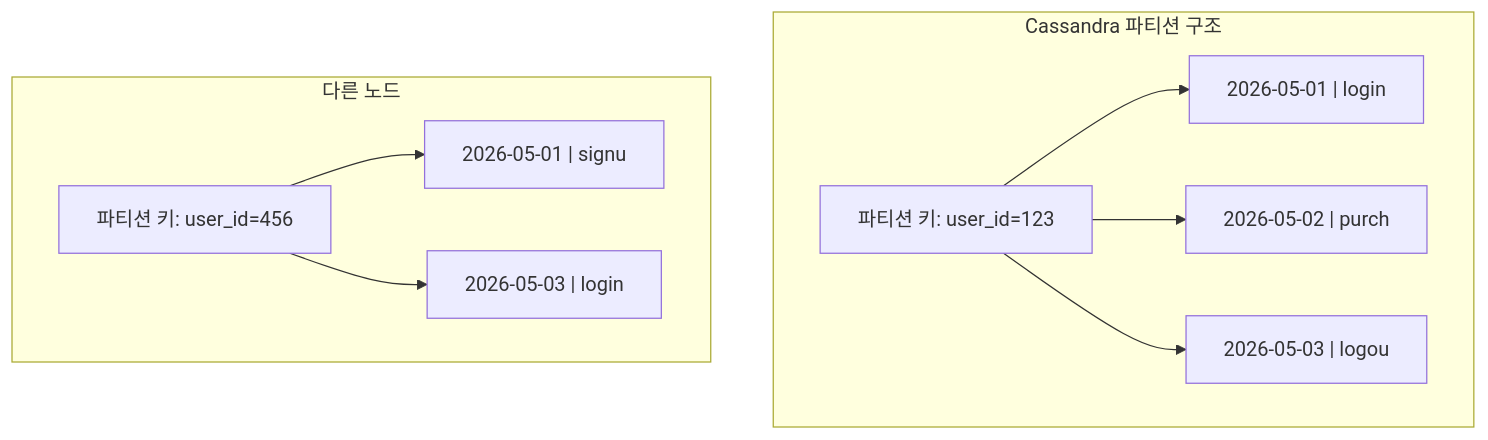
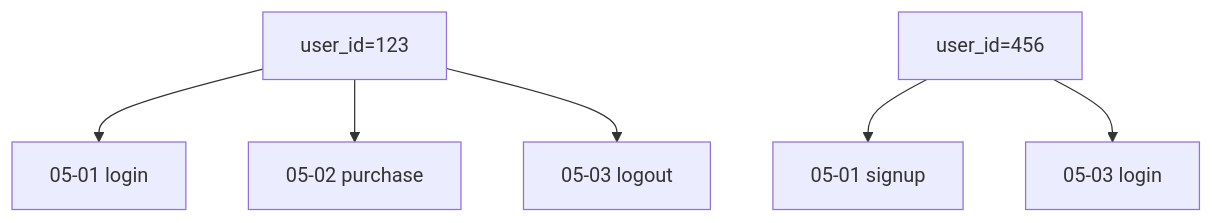
The second of 7 diagrams in _posts/nosql/2026-05-03-nosql-comparison.md (yjkim2015/yjkim2015.github.io), drawn with Mermaid before and after one commit. The commit also changed other lines of this file and 155 other files, not shown here.

First line of the commit message:
Mermaid 전면 수정: subgraph 제거, participant/노드/줄수 축소 (342블록)

````diff
--- a/_posts/nosql/2026-05-03-nosql-comparison.md
+++ b/_posts/nosql/2026-05-03-nosql-comparison.md
@@ -88,12 +88,8 @@
 ```mermaid
 graph TD
-    subgraph "Cassandra 파티션 구조"
-        PK["파티션 키: user_id=123"] --> C1["2026-05-01 | login"]
-        PK --> C2["2026-05-02 | purch"]
-        PK --> C3["2026-05-03 | logou"]
-    end
-    subgraph "다른 노드"
-        PK2["파티션 키: user_id=456"] --> C4["2026-05-01 | signu"]
-        PK2 --> C5["2026-05-03 | login"]
-    end
+    PK["user_id=123"] --> C1["05-01 login"]
+    PK --> C2["05-02 purchase"]
+    PK --> C3["05-03 logout"]
+    PK2["user_id=456"] --> C4["05-01 signup"]
+    PK2 --> C5["05-03 login"]
 ```
````
